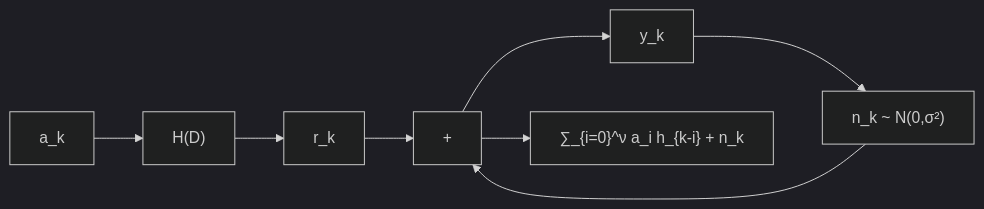
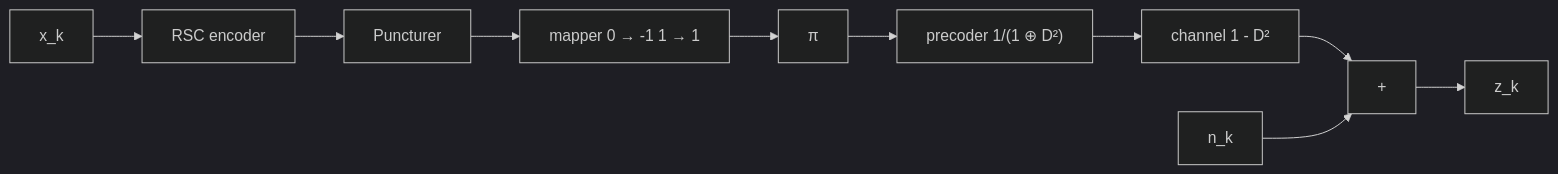
One commit to Ken-Leo/HDD3-Volume-III changed the sixth of 6 diagrams in chinese_final/chapter_2.md. Above: the diagram before and after it, drawn with Mermaid (dark theme). The commit also changed other lines of this file and 1 other file, not shown here.

````diff
--- a/chinese_final/chapter_2.md
+++ b/chinese_final/chapter_2.md
@@ -666,10 +511,12 @@
 ```mermaid
 graph LR
-    A["a_k"] --> B["H(D)"]
-    B --> C["r_k"]
-    C --> D["+"]
-    D --> E["y_k"]
-    E --> F["n_k ~ N(0,σ²)"]
-    F --> D
-    D --> G["∑_{i=0}^ν a_i h_{k-i} + n_k"]
+    A["x_k"] --> B["RSC encoder"]
+    B --> C["Puncturer"]
+    C --> D["mapper 0 → -1 1 → 1"]
+    D --> E["π"]
+    E --> F["precoder 1/(1 ⊕ D²)"]
+    F --> G["channel 1 - D²"]
+    G --> H["+"]
+    H --> I["z_k"]
+    J["n_k"] --> H
 ```
````
